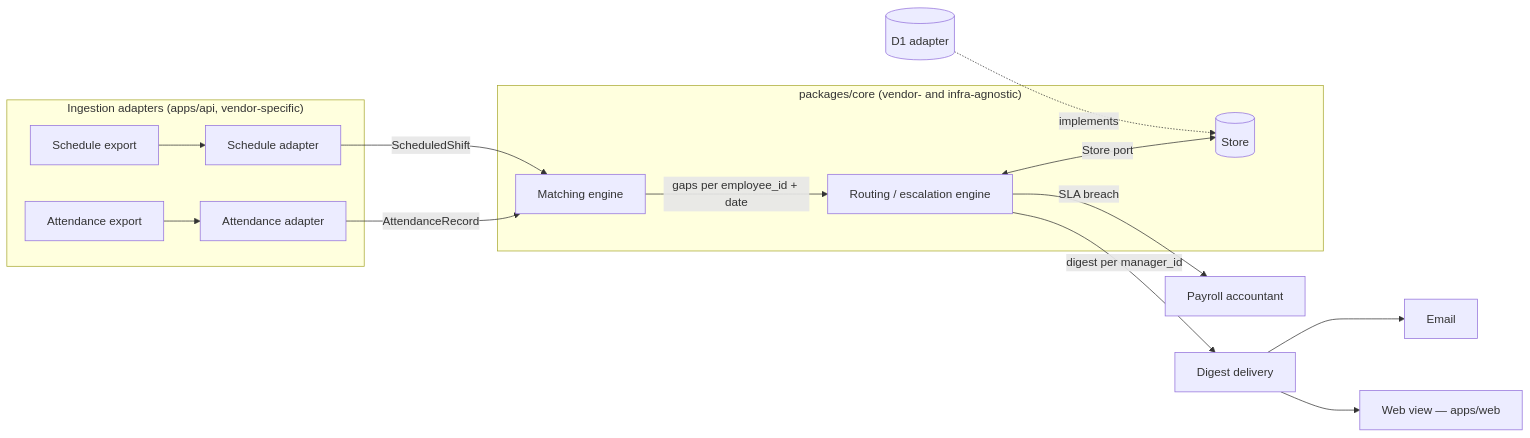
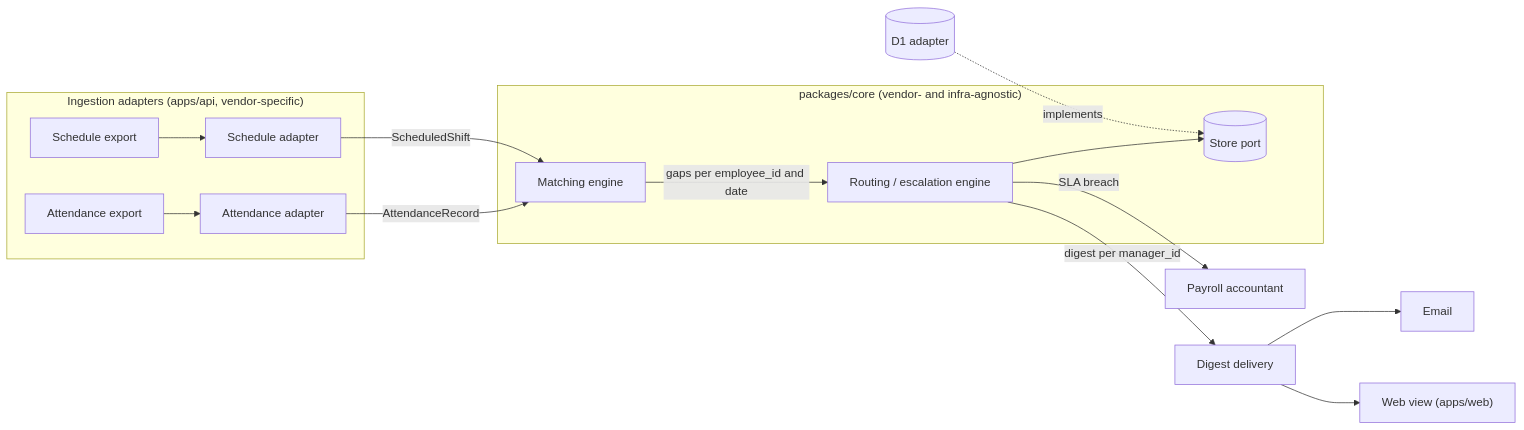
One commit to clockcover/clockcover changed the diagram in docs/architecture.md. Above: the diagram before and after it, drawn with Mermaid.

Commit message:
docs(architecture): fix Mermaid diagram syntax for broad renderer support

````diff
--- a/docs/architecture.md
+++ b/docs/architecture.md
@@ -16,20 +16,27 @@
 ```mermaid
 flowchart LR
     subgraph adapters["Ingestion adapters (apps/api, vendor-specific)"]
-        att[Attendance export] --> attAd[Attendance adapter]
-        sch[Schedule export] --> schAd[Schedule adapter]
+        att["Attendance export"]
+        sch["Schedule export"]
+        attAd["Attendance adapter"]
+        schAd["Schedule adapter"]
     end
 
     subgraph core["packages/core (vendor- and infra-agnostic)"]
-        attAd -->|AttendanceRecord| match[Matching engine]
-        schAd -->|ScheduledShift| match
-        match -->|gaps per employee_id + date| route[Routing / escalation engine]
-        route <-->|Store port| store[(Store)]
+        match["Matching engine"]
+        route["Routing / escalation engine"]
+        store[("Store port")]
     end
 
-    route -->|digest per manager_id| digest[Digest delivery]
-    route -->|SLA breach| payroll[Payroll accountant]
-    digest --> email[Email]
-    digest --> web[Web view — apps/web]
-    d1[(D1 adapter)] -.implements.-> store
+    att --> attAd
+    sch --> schAd
+    attAd -- "AttendanceRecord" --> match
+    schAd -- "ScheduledShift" --> match
+    match -- "gaps per employee_id and date" --> route
+    route --> store
+    d1[("D1 adapter")] -. "implements" .-> store
+    route -- "digest per manager_id" --> digest["Digest delivery"]
+    route -- "SLA breach" --> payroll["Payroll accountant"]
+    digest --> email["Email"]
+    digest --> web["Web view (apps/web)"]
 ```
````
